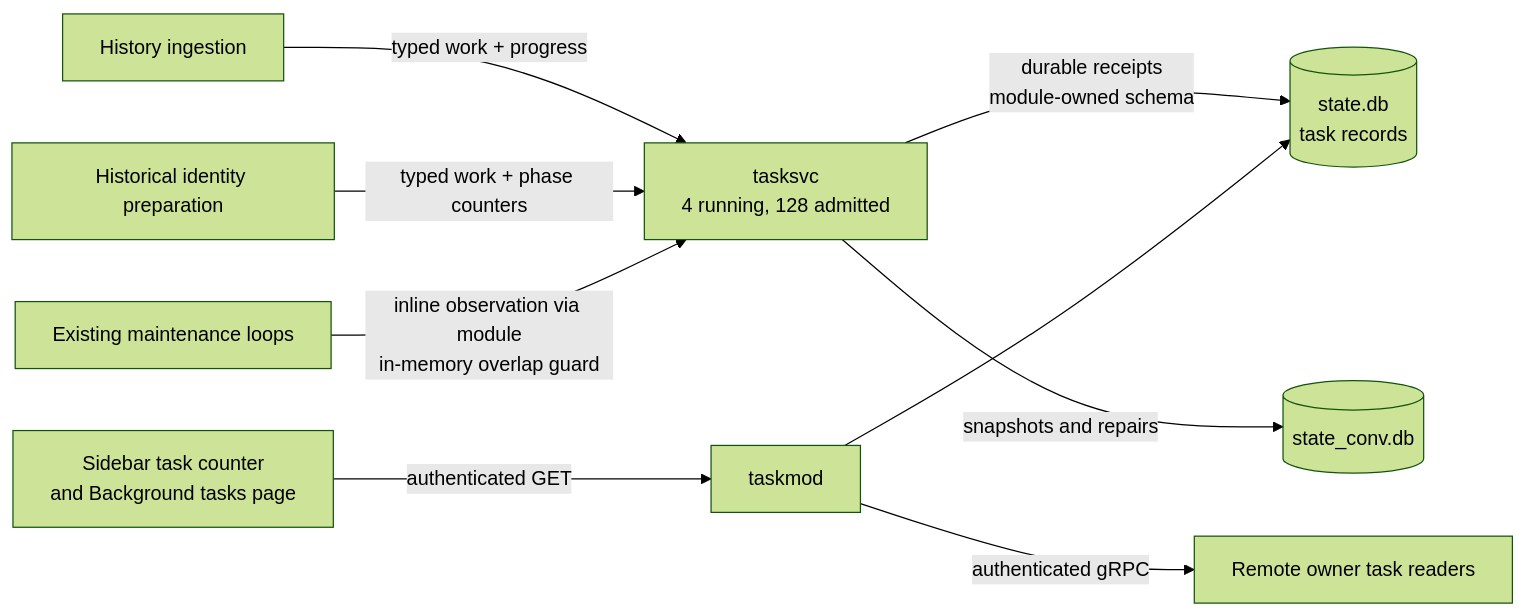
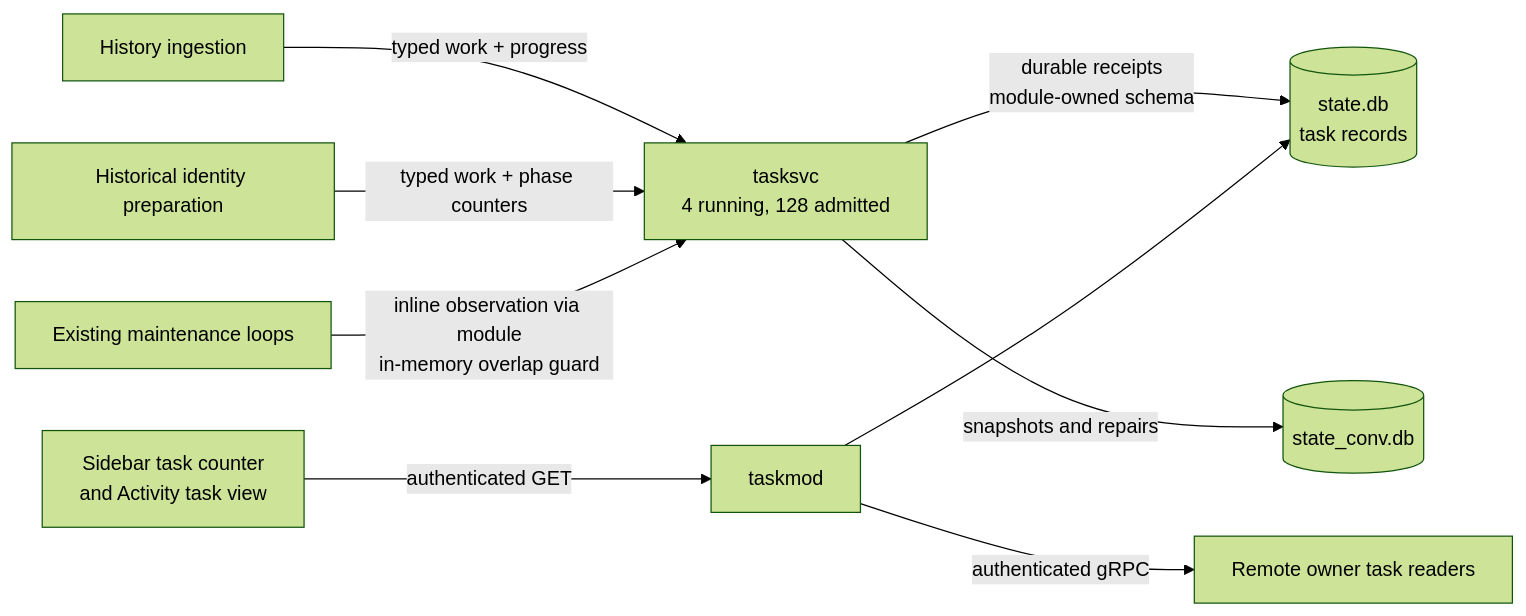
Before and after one commit to ocman/ocman: the seventh of 7 diagrams in docs/other/architecture-history.md, drawn with Mermaid (forest theme). The commit also changed other lines of this file and 9 other files, not shown here.

Commit message:
feat(activity): show stable task progress with inline history

````diff
--- a/docs/other/architecture-history.md
+++ b/docs/other/architecture-history.md
@@ -773,11 +773,11 @@
 ```mermaid
 flowchart LR
     Import[History ingestion] -->|typed work + progress| Manager[tasksvc<br/>4 running, 128 admitted]
     Prepare[Historical identity preparation] -->|typed work + phase counters| Manager
     Schedule[Existing maintenance loops] -->|inline observation via module<br/>in-memory overlap guard| Manager
     Manager -->|durable receipts<br/>module-owned schema| State[(state.db<br/>task records)]
-    Browser[Sidebar task counter<br/>and Background tasks page] -->|authenticated GET| API[taskmod]
+    Browser[Sidebar task counter<br/>and Activity task view] -->|authenticated GET| API[taskmod]
     API --> State
     API -->|authenticated gRPC| Remote[Remote owner task readers]
     Manager -->|snapshots and repairs| History[(state_conv.db)]
 ```
````
